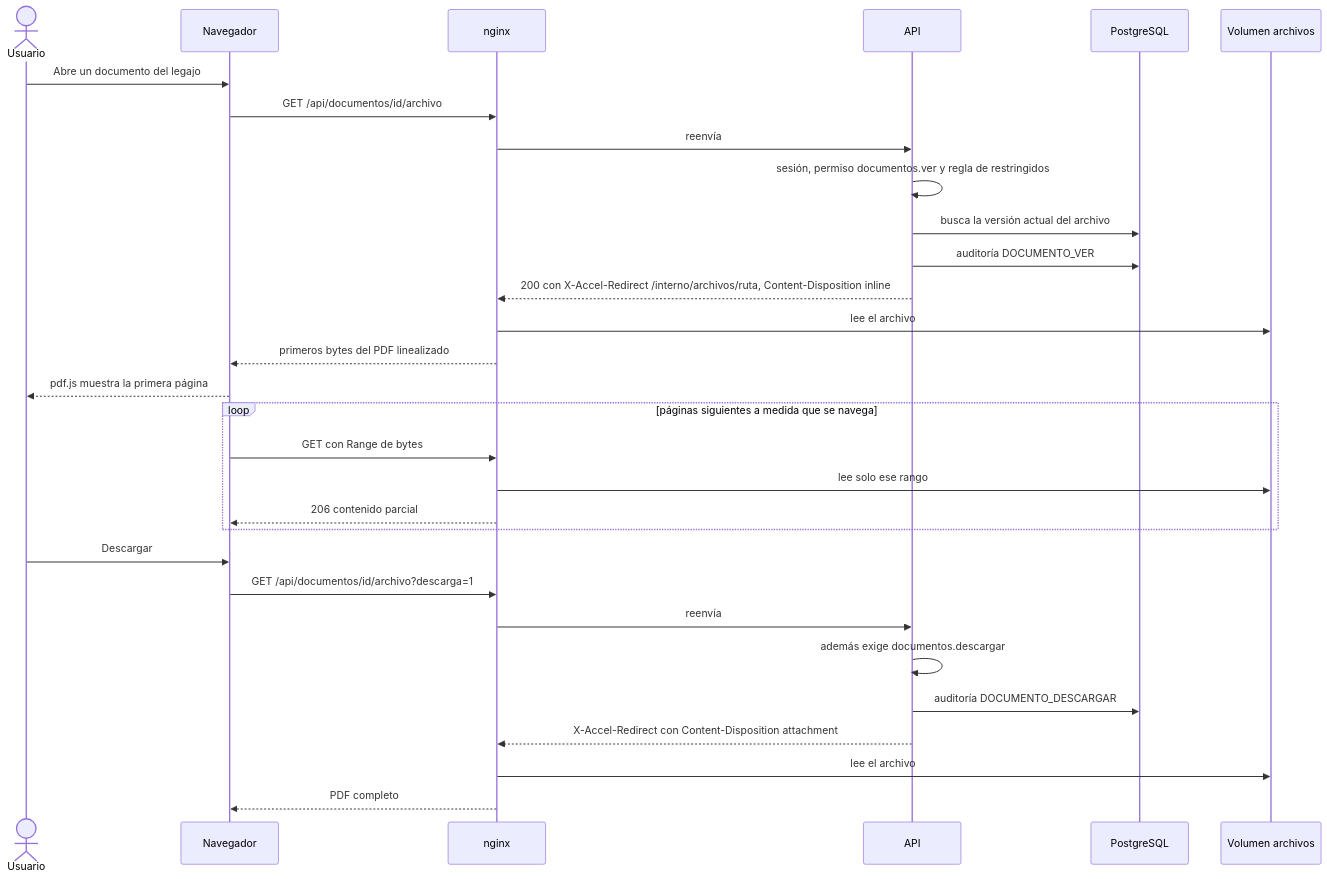
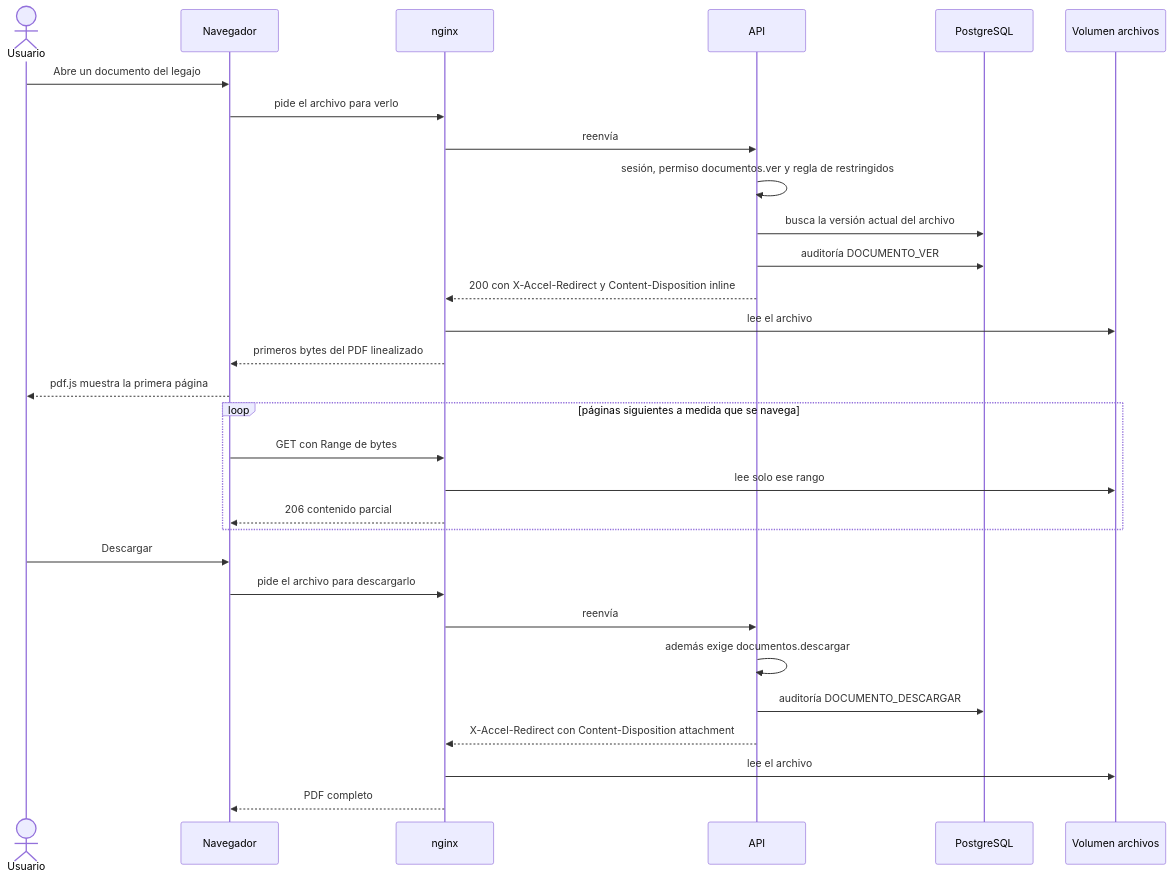
Before and after one commit to Jose27luis/legajo: diagram 14 of 21 in README.md, drawn with Mermaid. The commit also changed other lines of this file, not shown here.

````diff
--- a/README.md
+++ b/README.md
@@ -1009,34 +929,34 @@
 ```mermaid
 sequenceDiagram
     actor U as Usuario
     participant N as Navegador
     participant X as nginx
     participant A as API
     participant P as PostgreSQL
     participant F as Volumen archivos
 
     U->>N: Abre un documento del legajo
-    N->>X: GET /api/documentos/id/archivo
+    N->>X: pide el archivo para verlo
     X->>A: reenvía
     A->>A: sesión, permiso documentos.ver y regla de restringidos
     A->>P: busca la versión actual del archivo
     A->>P: auditoría DOCUMENTO_VER
-    A-->>X: 200 con X-Accel-Redirect /interno/archivos/ruta, Content-Disposition inline
+    A-->>X: 200 con X-Accel-Redirect y Content-Disposition inline
     X->>F: lee el archivo
     X-->>N: primeros bytes del PDF linealizado
     N-->>U: pdf.js muestra la primera página
     loop páginas siguientes a medida que se navega
         N->>X: GET con Range de bytes
         X->>F: lee solo ese rango
         X-->>N: 206 contenido parcial
     end
 
     U->>N: Descargar
-    N->>X: GET /api/documentos/id/archivo?descarga=1
+    N->>X: pide el archivo para descargarlo
     X->>A: reenvía
     A->>A: además exige documentos.descargar
     A->>P: auditoría DOCUMENTO_DESCARGAR
     A-->>X: X-Accel-Redirect con Content-Disposition attachment
     X->>F: lee el archivo
     X-->>N: PDF completo
 ```
````
